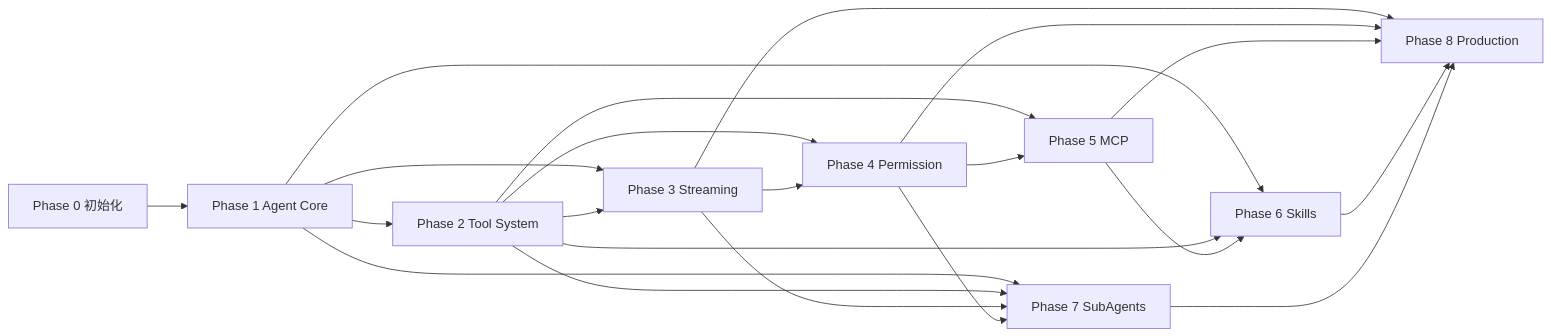
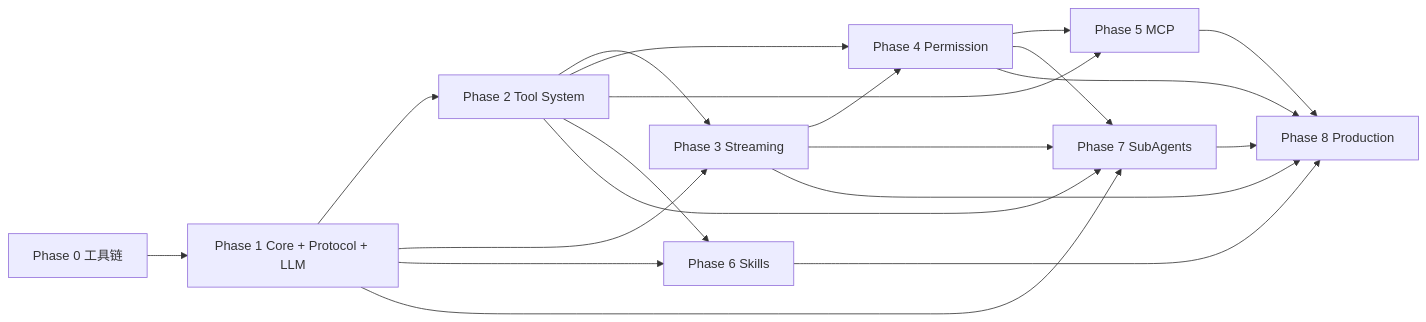
Before and after one commit to haodandan418-design/mini-agent: the diagram in docs/development-plan.md, drawn with Mermaid. The commit also changed other lines of this file and 48 other files, not shown here.

````diff
--- a/docs/development-plan.md
+++ b/docs/development-plan.md
@@ -23,23 +31,22 @@
 ```mermaid
 flowchart LR
-    P0[Phase 0 初始化] --> P1[Phase 1 Agent Core]
+    P0[Phase 0 工具链] --> P1[Phase 1 Core + Protocol + LLM]
     P1 --> P2[Phase 2 Tool System]
     P1 --> P3[Phase 3 Streaming]
     P2 --> P3
     P2 --> P4[Phase 4 Permission]
     P3 --> P4
     P2 --> P5[Phase 5 MCP]
     P4 --> P5
     P1 --> P6[Phase 6 Skills]
     P2 --> P6
-    P5 --> P6
     P1 --> P7[Phase 7 SubAgents]
     P2 --> P7
     P3 --> P7
     P4 --> P7
     P3 --> P8[Phase 8 Production]
     P4 --> P8
     P5 --> P8
     P6 --> P8
     P7 --> P8
 ```
````
